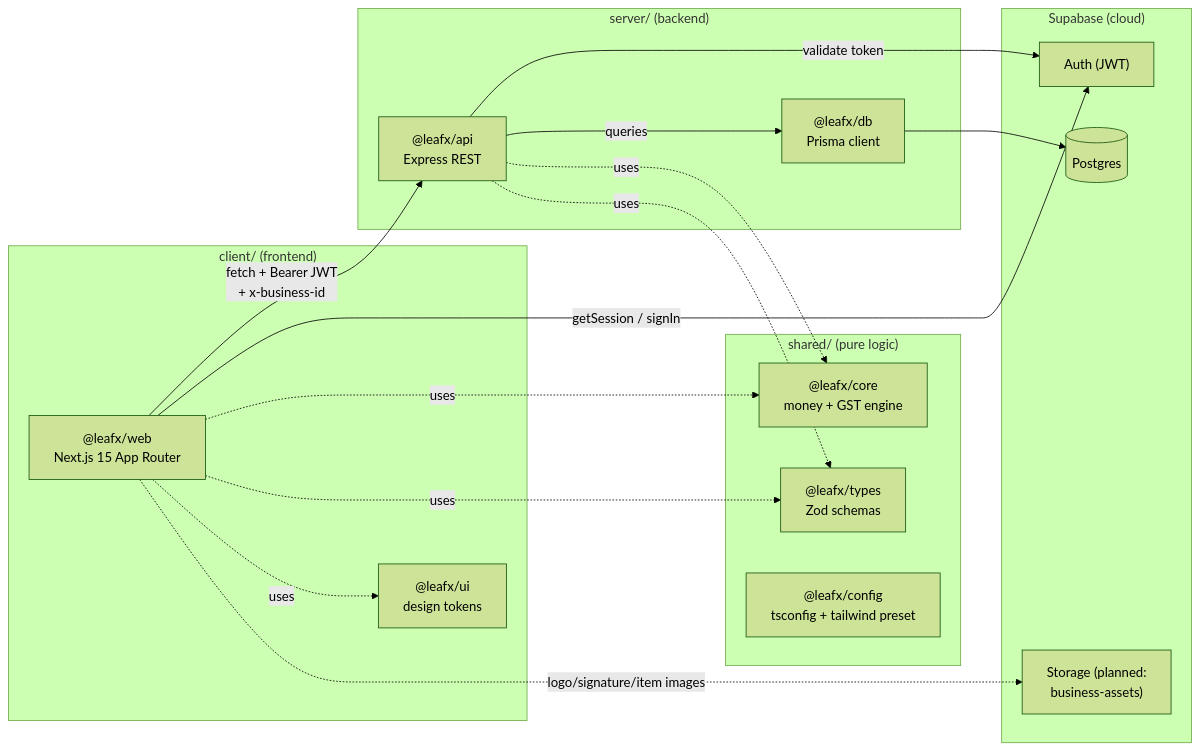
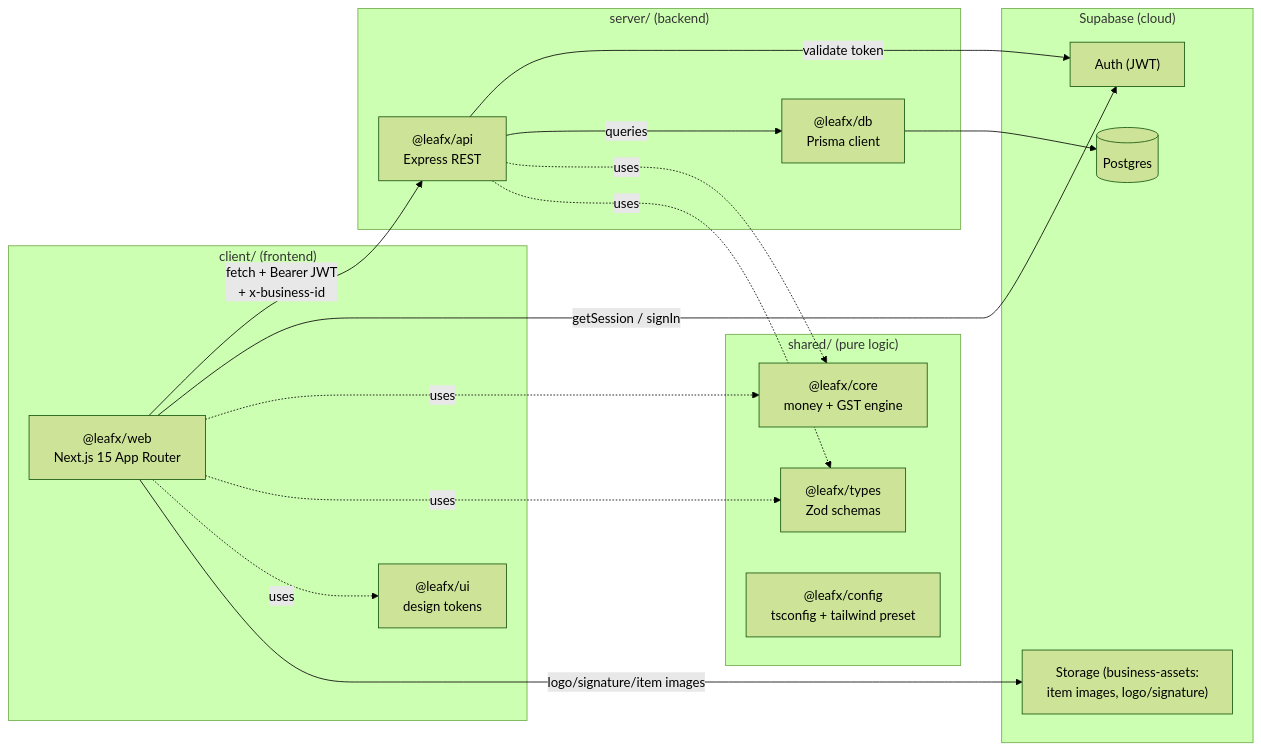
Before and after one commit to unicord26/invoxia: the first of 3 diagrams in docs/architecture/00-overview/system-overview.md, drawn with Mermaid (forest theme). The commit also changed other lines of this file and 7 other files, not shown here.

First line of the commit message:
docs: refresh architecture docs for M1 completion and Phase 12 offline sync

````diff
--- a/docs/architecture/00-overview/system-overview.md
+++ b/docs/architecture/00-overview/system-overview.md
@@ -7,29 +7,29 @@
 ```mermaid
 flowchart LR
   subgraph Client["client/ (frontend)"]
     Web["@leafx/web<br/>Next.js 15 App Router"]
     UI["@leafx/ui<br/>design tokens"]
   end
   subgraph Shared["shared/ (pure logic)"]
     Core["@leafx/core<br/>money + GST engine"]
     Types["@leafx/types<br/>Zod schemas"]
     Config["@leafx/config<br/>tsconfig + tailwind preset"]
   end
   subgraph Server["server/ (backend)"]
     API["@leafx/api<br/>Express REST"]
     DB["@leafx/db<br/>Prisma client"]
   end
   subgraph Supabase["Supabase (cloud)"]
     Auth["Auth (JWT)"]
     PG[("Postgres")]
-    Storage["Storage (planned:<br/>business-assets)"]
+    Storage["Storage (business-assets:<br/>item images, logo/signature)"]
   end
 
   Web -->|"fetch + Bearer JWT<br/>+ x-business-id"| API
   Web -->|"getSession / signIn"| Auth
   Web -.uses.-> Core & Types & UI
   API -->|"validate token"| Auth
   API -->|"queries"| DB --> PG
   API -.uses.-> Core & Types
-  Web -.->|"logo/signature/item images"| Storage
+  Web -->|"logo/signature/item images"| Storage
 ```
````
